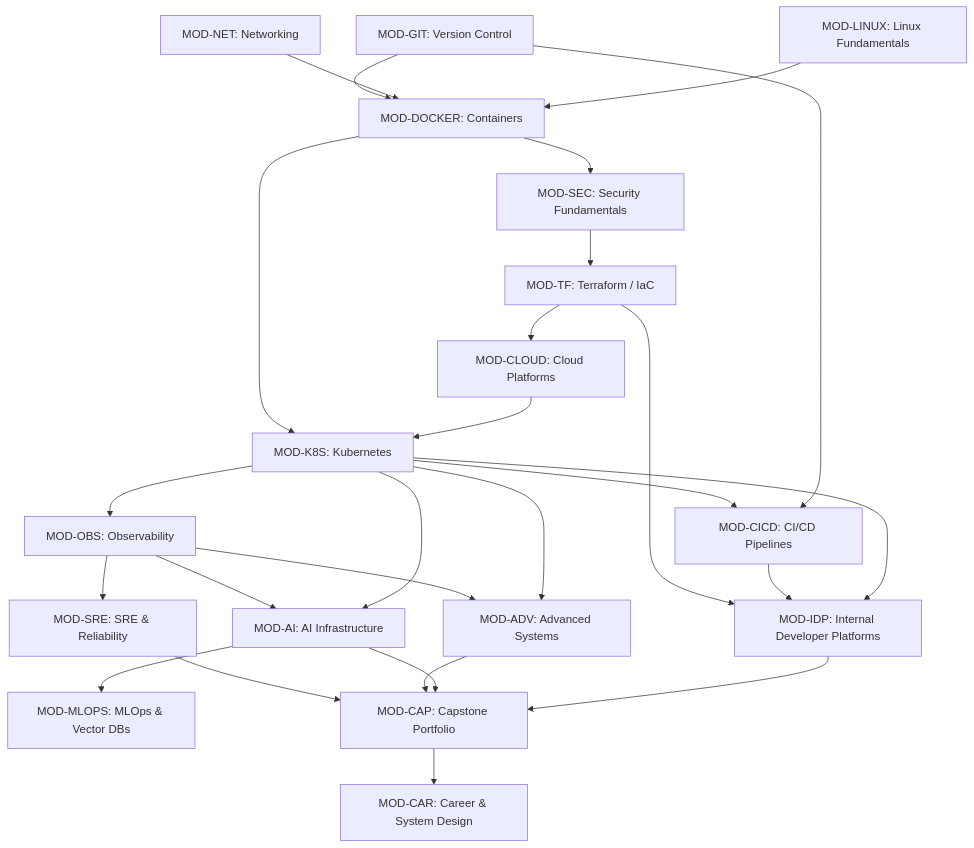
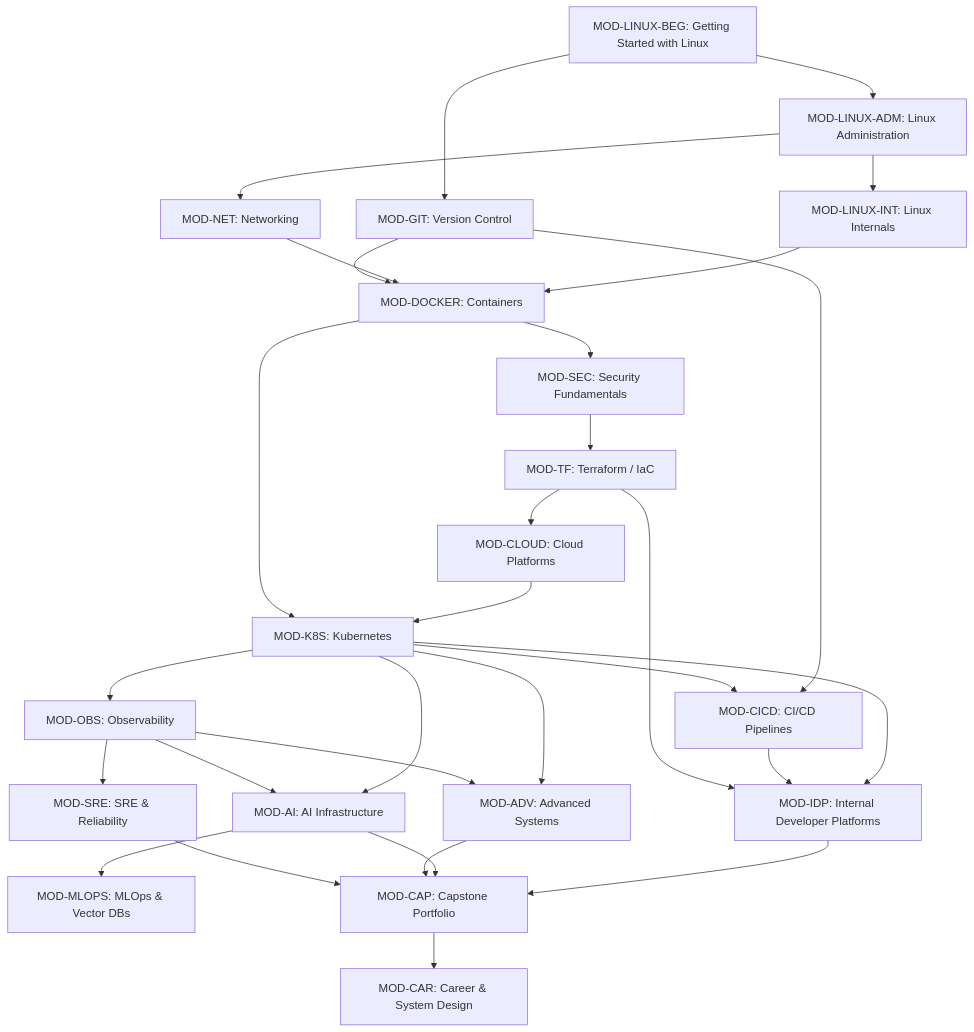
The diagram in curriculum/module-dependencies.md (aloysiuspattath/platform-engineering-ai-course), drawn with Mermaid before and after one commit. The commit also changed other lines of this file and 11 other files, not shown here.

````diff
--- a/curriculum/module-dependencies.md
+++ b/curriculum/module-dependencies.md
@@ -15,54 +15,61 @@
 ```mermaid
 graph TD
-    MOD-LINUX[MOD-LINUX: Linux Fundamentals]
+    MOD-LINUX-BEG[MOD-LINUX-BEG: Getting Started with Linux]
+    MOD-LINUX-ADM[MOD-LINUX-ADM: Linux Administration]
+    MOD-LINUX-INT[MOD-LINUX-INT: Linux Internals]
     MOD-NET[MOD-NET: Networking]
     MOD-GIT[MOD-GIT: Version Control]
     
     MOD-DOCKER[MOD-DOCKER: Containers]
     MOD-SEC[MOD-SEC: Security Fundamentals]
     MOD-TF[MOD-TF: Terraform / IaC]
     MOD-CLOUD[MOD-CLOUD: Cloud Platforms]
     MOD-K8S[MOD-K8S: Kubernetes]
     MOD-CICD[MOD-CICD: CI/CD Pipelines]
     MOD-OBS[MOD-OBS: Observability]
     MOD-SRE[MOD-SRE: SRE & Reliability]
     MOD-AI[MOD-AI: AI Infrastructure]
     MOD-MLOPS[MOD-MLOPS: MLOps & Vector DBs]
     MOD-IDP[MOD-IDP: Internal Developer Platforms]
     MOD-ADV[MOD-ADV: Advanced Systems]
     MOD-CAP[MOD-CAP: Capstone Portfolio]
     MOD-CAR[MOD-CAR: Career & System Design]
 
-    MOD-LINUX --> MOD-DOCKER
+    MOD-LINUX-BEG --> MOD-LINUX-ADM
+    MOD-LINUX-ADM --> MOD-LINUX-INT
+    MOD-LINUX-ADM --> MOD-NET
+    MOD-LINUX-BEG --> MOD-GIT
+
+    MOD-LINUX-INT --> MOD-DOCKER
     MOD-NET --> MOD-DOCKER
     MOD-GIT --> MOD-DOCKER
 
     MOD-DOCKER --> MOD-SEC
     MOD-SEC --> MOD-TF
     MOD-TF --> MOD-CLOUD
     MOD-CLOUD --> MOD-K8S
     MOD-DOCKER --> MOD-K8S
     MOD-GIT --> MOD-CICD
     MOD-K8S --> MOD-CICD
 
     MOD-K8S --> MOD-OBS
     MOD-OBS --> MOD-SRE
 
     MOD-K8S --> MOD-AI
     MOD-OBS --> MOD-AI
     MOD-AI --> MOD-MLOPS
 
     MOD-K8S --> MOD-IDP
     MOD-CICD --> MOD-IDP
     MOD-TF --> MOD-IDP
 
     MOD-K8S --> MOD-ADV
     MOD-OBS --> MOD-ADV
 
     MOD-IDP --> MOD-CAP
     MOD-AI --> MOD-CAP
     MOD-ADV --> MOD-CAP
     MOD-SRE --> MOD-CAP
 
     MOD-CAP --> MOD-CAR
 ```
````
